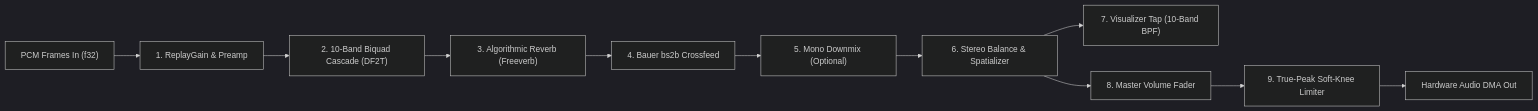
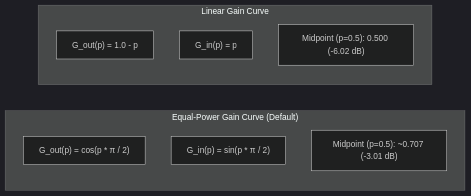
Diagram 11 of 14 in docs/ARCHITECTURE.md (chomusuke-mk/miniaudio_player), drawn with Mermaid (dark theme) before and after one commit. The commit also changed other lines of this file and 2 other files, not shown here.

Commit message:
update doc architecture

````diff
--- a/docs/ARCHITECTURE.md
+++ b/docs/ARCHITECTURE.md
@@ -359,13 +654,16 @@
 ```mermaid
 flowchart LR
-    In["PCM Frames In (f32)"] --> RG["1. ReplayGain & Preamp"]
-    RG --> EQ["2. 10-Band Biquad Cascade (DF2T)"]
-    EQ --> Reverb["3. Algorithmic Reverb (Freeverb)"]
-    Reverb --> Crossfeed["4. Bauer bs2b Crossfeed"]
-    Crossfeed --> Downmix["5. Mono Downmix (Optional)"]
-    Downmix --> Panning["6. Stereo Balance & Spatializer"]
-    Panning --> VisualizerTap["7. Visualizer Tap (10-Band BPF)"]
-    Panning --> Fader["8. Master Volume Fader"]
-    Fader --> Limiter["9. True-Peak Soft-Knee Limiter"]
-    Limiter --> Out["Hardware Audio DMA Out"]
+    subgraph EqualPower ["Equal-Power Gain Curve (Default)"]
+        direction TB
+        EP_Out["G_out(p) = cos(p * π / 2)"]
+        EP_In["G_in(p) = sin(p * π / 2)"]
+        EP_Mid["Midpoint (p=0.5): ~0.707 (-3.01 dB)"]
+    end
+
+    subgraph LinearCurve ["Linear Gain Curve"]
+        direction TB
+        L_Out["G_out(p) = 1.0 - p"]
+        L_In["G_in(p) = p"]
+        L_Mid["Midpoint (p=0.5): 0.500 (-6.02 dB)"]
+    end
 ```
````
